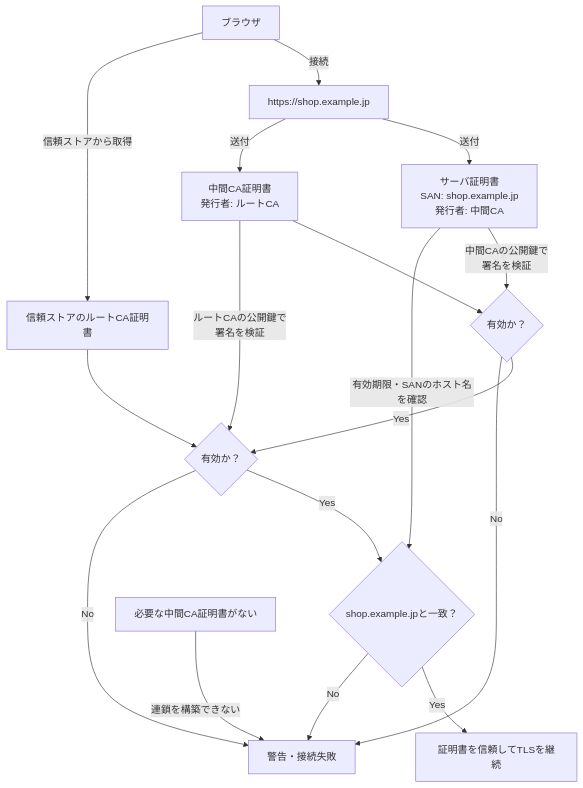
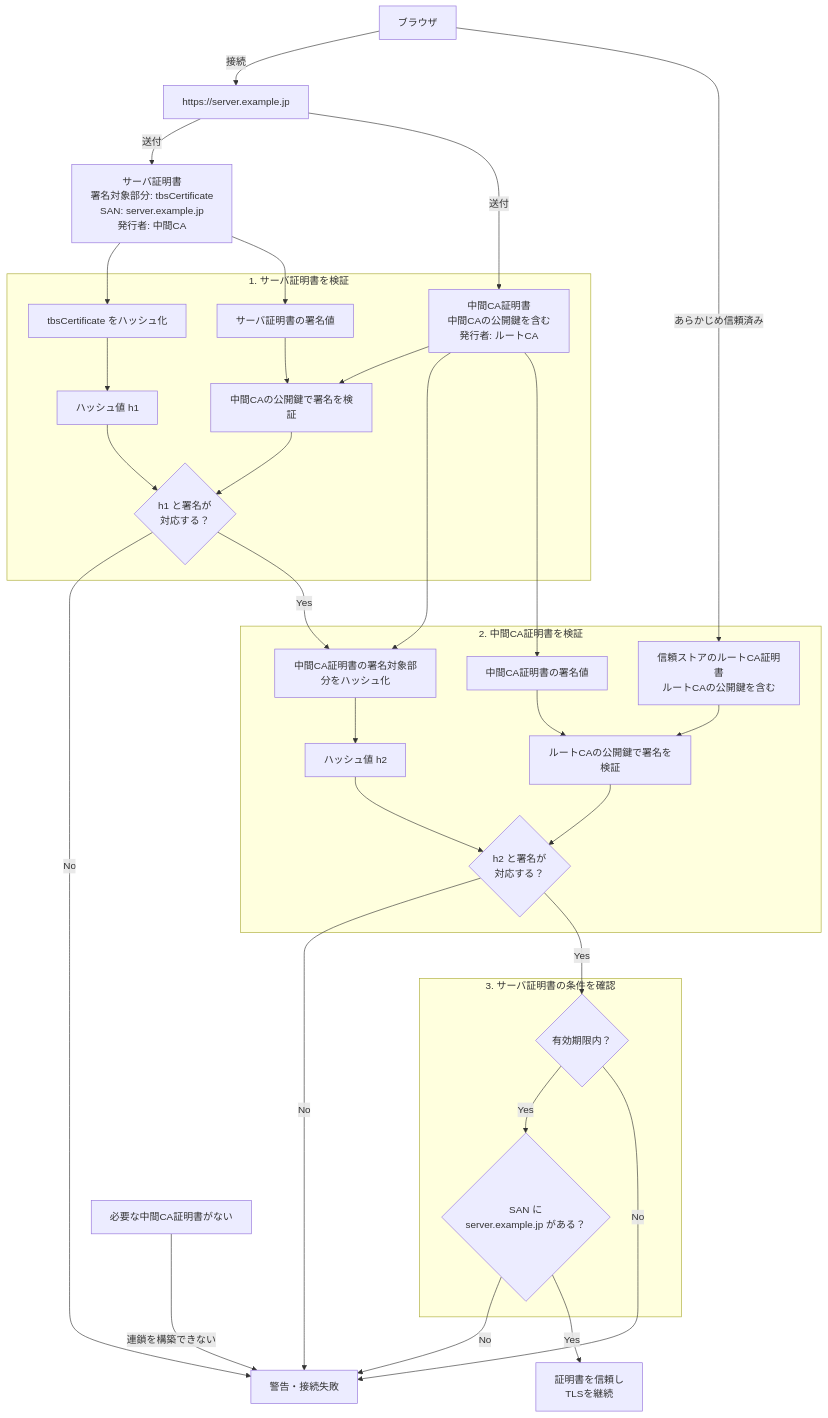
The diagram in 復習用/証明書チェーン検証.md (ShuntaSakai/security-specialist-study), drawn with Mermaid before and after one commit. The commit also changed other lines of this file, not shown here.

Commit message:
docs: clarify certificate chain validation flow

````diff
--- a/復習用/証明書チェーン検証.md
+++ b/復習用/証明書チェーン検証.md
@@ -3,28 +3,49 @@
 ```mermaid
 flowchart TB
     BROWSER["ブラウザ"]
-    SERVER["https://shop.example.jp"]
-    LEAF["サーバ証明書<br/>SAN: shop.example.jp<br/>発行者: 中間CA"]
-    INTERMEDIATE["中間CA証明書<br/>発行者: ルートCA"]
-    ROOT["信頼ストアのルートCA証明書"]
+    SERVER["https://server.example.jp"]
+    LEAF["サーバ証明書<br/>署名対象部分: tbsCertificate<br/>SAN: server.example.jp<br/>発行者: 中間CA"]
+    INTERMEDIATE["中間CA証明書<br/>中間CAの公開鍵を含む<br/>発行者: ルートCA"]
+    ROOT["信頼ストアのルートCA証明書<br/>ルートCAの公開鍵を含む"]
 
     BROWSER -->|"接続"| SERVER
     SERVER -->|"送付"| LEAF
     SERVER -->|"送付"| INTERMEDIATE
-    BROWSER -->|"信頼ストアから取得"| ROOT
+    BROWSER -->|"あらかじめ信頼済み"| ROOT
 
-    LEAF -->|"中間CAの公開鍵で<br/>署名を検証"| CHECK1{"有効か？"}
-    INTERMEDIATE --> CHECK1
-    INTERMEDIATE -->|"ルートCAの公開鍵で<br/>署名を検証"| CHECK2{"有効か？"}
-    ROOT --> CHECK2
-    LEAF -->|"有効期限・SANのホスト名を確認"| CHECK3{"shop.example.jpと一致？"}
+    subgraph LEAF_VERIFY["1. サーバ証明書を検証"]
+        LEAF_HASH["tbsCertificate をハッシュ化"] --> LEAF_H["ハッシュ値 h1"] --> LEAF_MATCH
+        LEAF_SIG["サーバ証明書の署名値"] --> LEAF_SIGCHECK["中間CAの公開鍵で署名を検証"]
+        INTERMEDIATE --> LEAF_SIGCHECK
+        LEAF_SIGCHECK --> LEAF_MATCH{"h1 と署名が<br/>対応する？"}
+    end
 
-    CHECK1 -->|"Yes"| CHECK2
-    CHECK2 -->|"Yes"| CHECK3
-    CHECK3 -->|"Yes"| TRUST["証明書を信頼してTLSを継続"]
-    CHECK1 -->|"No"| FAIL["警告・接続失敗"]
-    CHECK2 -->|"No"| FAIL
-    CHECK3 -->|"No"| FAIL
+    LEAF --> LEAF_HASH
+    LEAF --> LEAF_SIG
+    LEAF_MATCH -->|"No"| FAIL["警告・接続失敗"]
+
+    subgraph INTERMEDIATE_VERIFY["2. 中間CA証明書を検証"]
+        INT_HASH["中間CA証明書の署名対象部分をハッシュ化"] --> INT_H["ハッシュ値 h2"] --> INT_MATCH
+        INT_SIG["中間CA証明書の署名値"] --> INT_SIGCHECK["ルートCAの公開鍵で署名を検証"]
+        ROOT --> INT_SIGCHECK
+        INT_SIGCHECK --> INT_MATCH{"h2 と署名が<br/>対応する？"}
+    end
+
+    INTERMEDIATE --> INT_HASH
+    INTERMEDIATE --> INT_SIG
+    LEAF_MATCH -->|"Yes"| INT_HASH
+    INT_MATCH -->|"No"| FAIL
+
+    subgraph LEAF_CHECKS["3. サーバ証明書の条件を確認"]
+        EXPIRE{"有効期限内？"}
+        HOST{"SAN に<br/>server.example.jp がある？"}
+        EXPIRE -->|"Yes"| HOST
+    end
+
+    INT_MATCH -->|"Yes"| EXPIRE
+    EXPIRE -->|"No"| FAIL
+    HOST -->|"No"| FAIL
+    HOST -->|"Yes"| TRUST["証明書を信頼し<br/>TLSを継続"]
 
     MISSING["必要な中間CA証明書がない"] -->|"連鎖を構築できない"| FAIL
 ```
````
